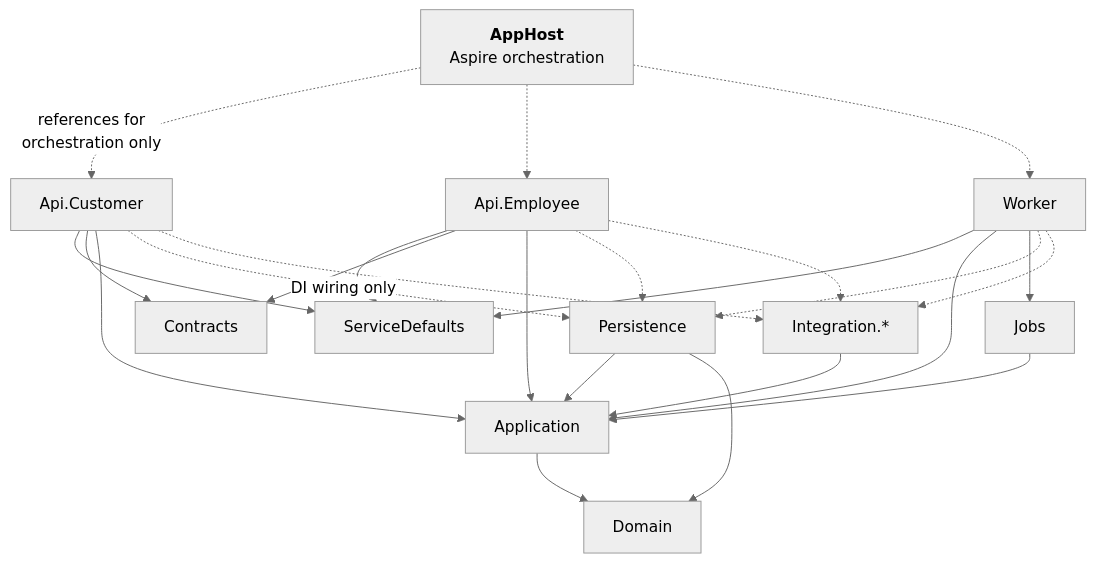
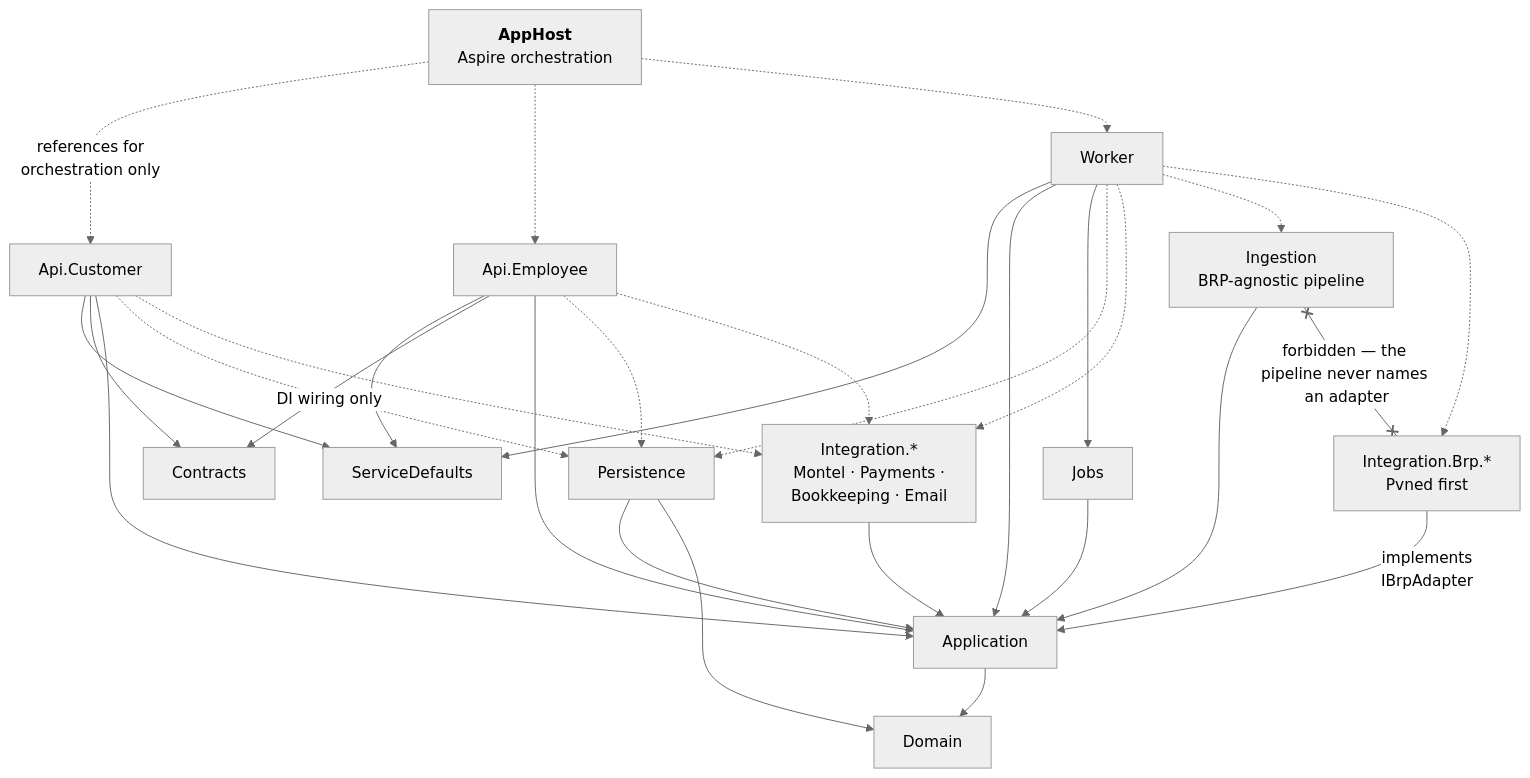
Before and after one commit to lukastosic-ifd/peakpowerspecs: the diagram in specs/20-architecture/02-solution-structure.md, drawn with Mermaid (neutral theme). The commit also changed other lines of this file and 66 other files, not shown here.

````diff
--- a/specs/20-architecture/02-solution-structure.md
+++ b/specs/20-architecture/02-solution-structure.md
@@ -88,42 +111,50 @@
 ```mermaid
 flowchart TB
     APPHOST["<b>AppHost</b><br/>Aspire orchestration"]
     CAPI["Api.Customer"]
     EAPI["Api.Employee"]
     WORKER["Worker"]
     DEFAULTS["ServiceDefaults"]
     CONTRACTS["Contracts"]
     APP["Application"]
     DOMAIN["Domain"]
     PERSIST["Persistence"]
-    INTEG["Integration.*"]
+    INGEST["Ingestion<br/>BRP-agnostic pipeline"]
+    BRP["Integration.Brp.*<br/>Pvned first"]
+    INTEG["Integration.*<br/>Montel · Payments ·<br/>Bookkeeping · Email"]
     JOBS["Jobs"]
 
     APPHOST -.->|"references for<br/>orchestration only"| CAPI
     APPHOST -.-> EAPI
     APPHOST -.-> WORKER
 
     CAPI --> DEFAULTS
     EAPI --> DEFAULTS
     WORKER --> DEFAULTS
 
     CAPI --> CONTRACTS
     EAPI --> CONTRACTS
     CAPI --> APP
     EAPI --> APP
     WORKER --> APP
     WORKER --> JOBS
 
     JOBS --> APP
     APP --> DOMAIN
     PERSIST --> APP
     PERSIST --> DOMAIN
     INTEG --> APP
+    INGEST --> APP
+    BRP -->|"implements<br/>IBrpAdapter"| APP
+
+    INGEST x--x|"forbidden — the pipeline never names an adapter"| BRP
 
     CAPI -.->|"DI wiring only"| PERSIST
     CAPI -.-> INTEG
     EAPI -.-> PERSIST
     EAPI -.-> INTEG
     WORKER -.-> PERSIST
     WORKER -.-> INTEG
+    WORKER -.-> INGEST
+    WORKER -.-> BRP
 ```
````
